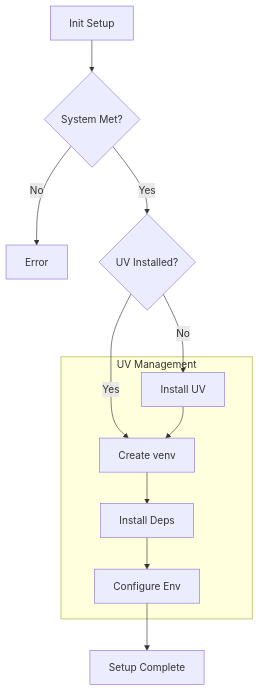
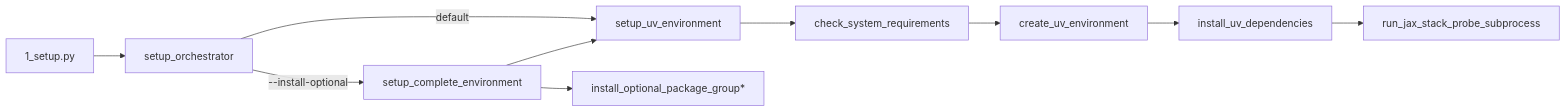
One commit to ActiveInferenceInstitute/GeneralizedNotationNotation changed the diagram in src/setup/README.md. Above: the diagram before and after it, drawn with Mermaid. The commit also changed other lines of this file and 281 other files, not shown here.

````diff
--- a/src/setup/README.md
+++ b/src/setup/README.md
@@ -18,19 +29,12 @@
 ```mermaid
-flowchart TD
-    Start[Init Setup] --> SystemCheck{System Met?}
-    SystemCheck -->|No| Fail[Error]
-    SystemCheck -->|Yes| UVCheck{UV Installed?}
-    UVCheck -->|No| InstallUV[Install UV]
-    UVCheck -->|Yes| CreateEnv[Create venv]
-    InstallUV --> CreateEnv
-    CreateEnv --> InstallDeps[Install Deps]
-    InstallDeps --> Config[Configure Env]
-    Config --> Done[Setup Complete]
-    
-    subgraph "UV Management"
-    InstallUV
-    CreateEnv
-    InstallDeps
-    Config
-    end
+flowchart LR
+    CLI[1_setup.py] --> Orch[setup_orchestrator]
+    Orch -->|default| Sync[setup_uv_environment]
+    Orch -->|--install-optional| Full[setup_complete_environment]
+    Sync --> Phase1[check_system_requirements]
+    Phase1 --> Phase2[create_uv_environment]
+    Phase2 --> Phase3[install_uv_dependencies]
+    Phase3 --> Probe[run_jax_stack_probe_subprocess]
+    Full --> Sync
+    Full --> Extras[install_optional_package_group*]
 ```
````
